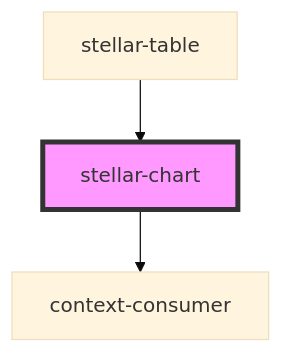
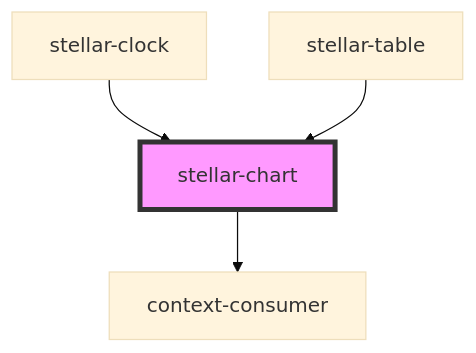
The diagram in src/components/helpers/chart/readme.md (splitinfinities/Stellar), drawn with Mermaid (base theme) before and after one commit. The commit also changed other lines of this file and 22 other files, not shown here.

````diff
--- a/src/components/helpers/chart/readme.md
+++ b/src/components/helpers/chart/readme.md
@@ -63,6 +64,7 @@
 ```mermaid
 graph TD;
   stellar-chart --> context-consumer
+  stellar-clock --> stellar-chart
   stellar-table --> stellar-chart
   style stellar-chart fill:#f9f,stroke:#333,stroke-width:4px
 ```
````
